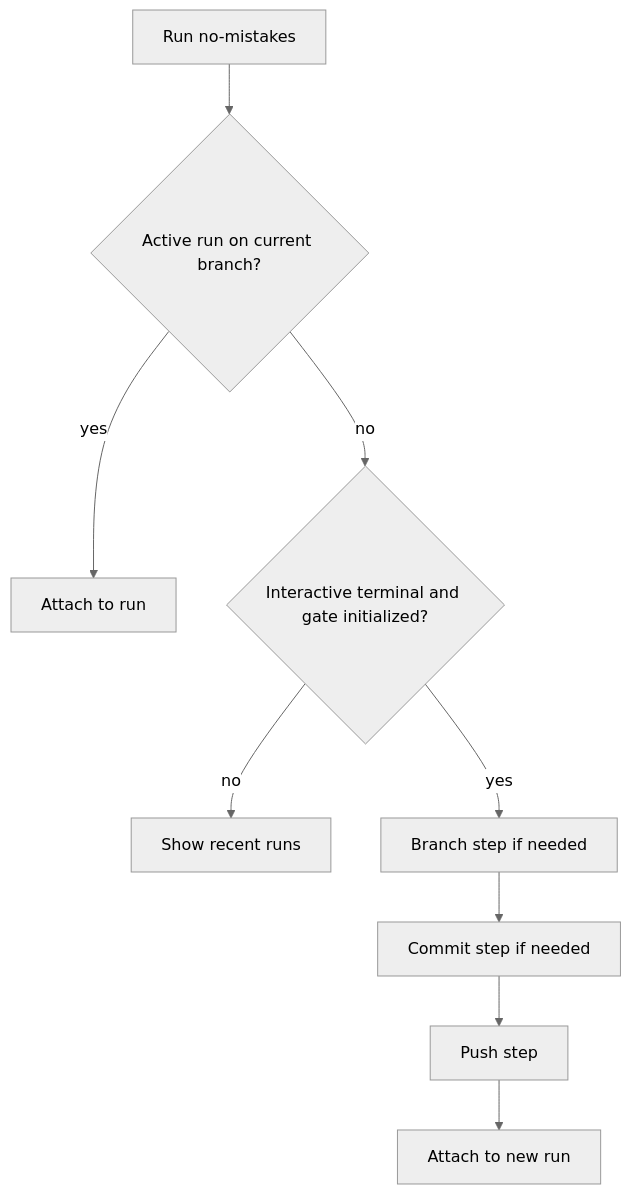
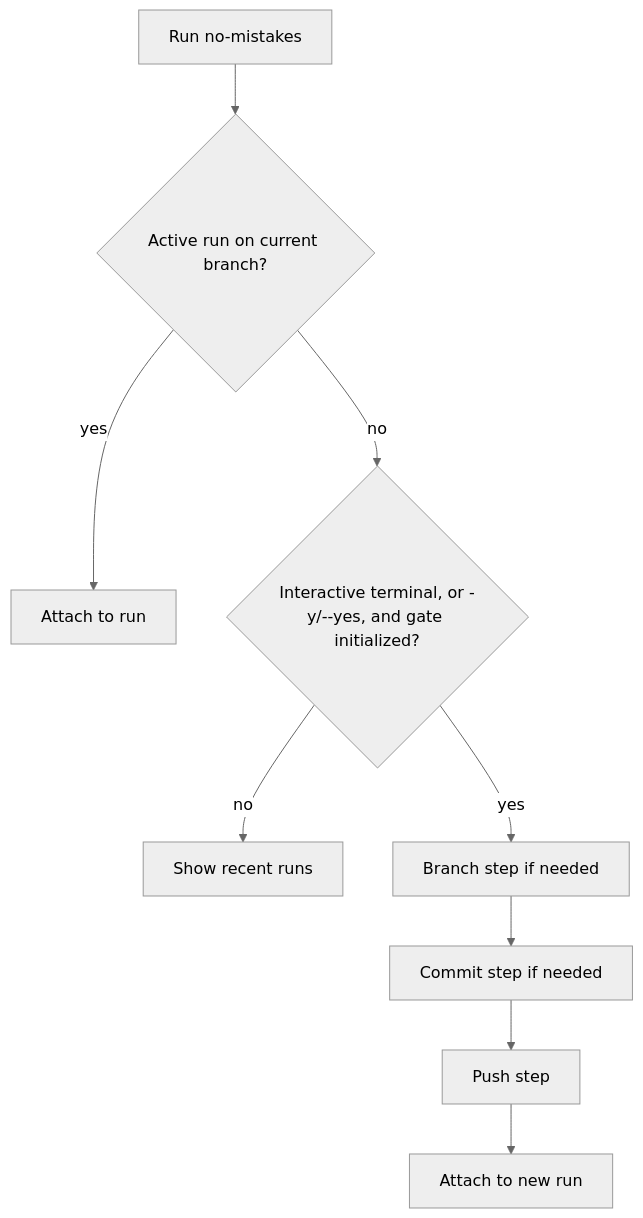
The diagram in docs/src/content/docs/guides/setup-wizard.md (kunchenguid/no-mistakes), drawn with Mermaid (neutral theme) before and after one commit. The commit also changed other lines of this file and 10 other files, not shown here.

First line of the commit message:
feat(cli): add non-interactive setup wizard with --yes (#105)

````diff
--- a/docs/src/content/docs/guides/setup-wizard.md
+++ b/docs/src/content/docs/guides/setup-wizard.md
@@ -27,11 +29,11 @@
 ```mermaid
 flowchart TD
   start["Run no-mistakes"] --> active{"Active run on current branch?"}
   active -- "yes" --> attach["Attach to run"]
-  active -- "no" --> interactive{"Interactive terminal and gate initialized?"}
+  active -- "no" --> interactive{"Interactive terminal, or -y/--yes, and gate initialized?"}
   interactive -- "no" --> recent["Show recent runs"]
   interactive -- "yes" --> branch["Branch step if needed"]
   branch --> commit["Commit step if needed"]
   commit --> push["Push step"]
   push --> tui["Attach to new run"]
 ```
````
